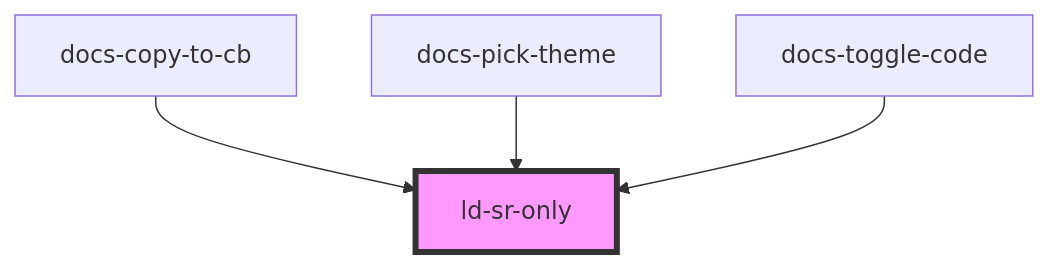
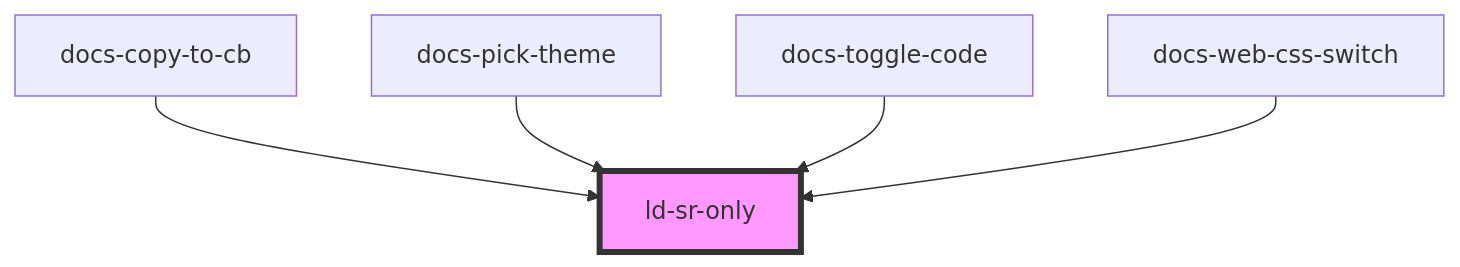
One commit to emdgroup-liquid/liquid changed the diagram in src/liquid/components/ld-sr-only/readme.md. Above: the diagram before and after it, drawn with Mermaid. The commit also changed other lines of this file and 16 other files, not shown here.

Commit message:
docs(css-components): add web component css component switch to docs

````diff
--- a/src/liquid/components/ld-sr-only/readme.md
+++ b/src/liquid/components/ld-sr-only/readme.md
@@ -42,7 +43,8 @@
 ```mermaid
 graph TD;
   docs-copy-to-cb --> ld-sr-only
   docs-pick-theme --> ld-sr-only
   docs-toggle-code --> ld-sr-only
+  docs-web-css-switch --> ld-sr-only
   style ld-sr-only fill:#f9f,stroke:#333,stroke-width:4px
 ```
````
